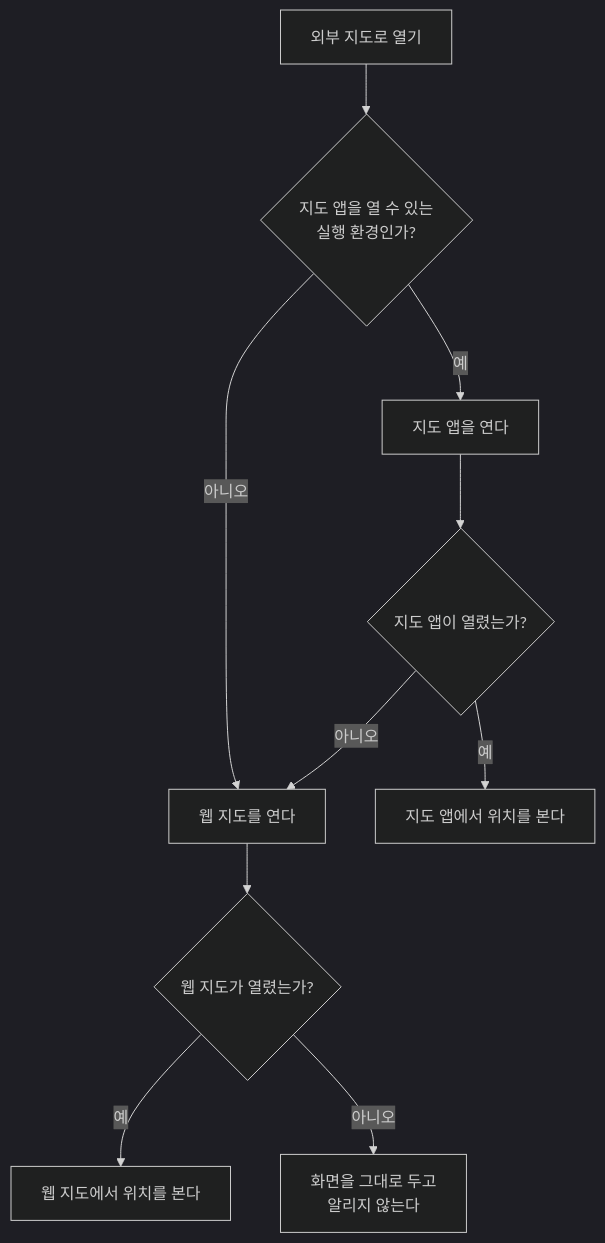
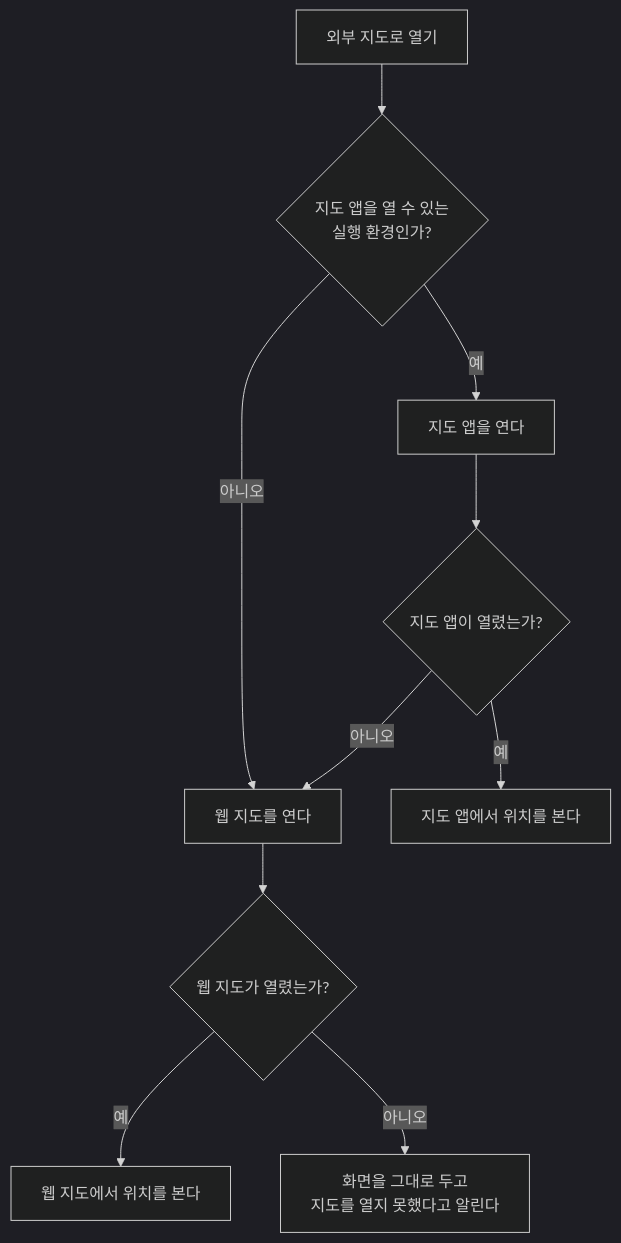
The second of 2 diagrams in docs/spec/client/place-detail.md (taetae98coding/DiaryKMP), drawn with Mermaid (dark theme) before and after one commit. The commit also changed other lines of this file and 14 other files, not shown here.

````diff
--- a/docs/spec/client/place-detail.md
+++ b/docs/spec/client/place-detail.md
@@ -250,12 +250,12 @@
 ```mermaid
 flowchart TD
     start["외부 지도로 열기"] --> platform{"지도 앱을 열 수 있는<br/>실행 환경인가?"}
     platform -- 아니오 --> web["웹 지도를 연다"]
     platform -- 예 --> app["지도 앱을 연다"]
     app --> opened{"지도 앱이 열렸는가?"}
     opened -- 예 --> done["지도 앱에서 위치를 본다"]
     opened -- 아니오 --> web
     web --> webOpened{"웹 지도가 열렸는가?"}
     webOpened -- 예 --> browser["웹 지도에서 위치를 본다"]
-    webOpened -- 아니오 --> keep["화면을 그대로 두고<br/>알리지 않는다"]
+    webOpened -- 아니오 --> keep["화면을 그대로 두고<br/>지도를 열지 못했다고 알린다"]
 ```
````
